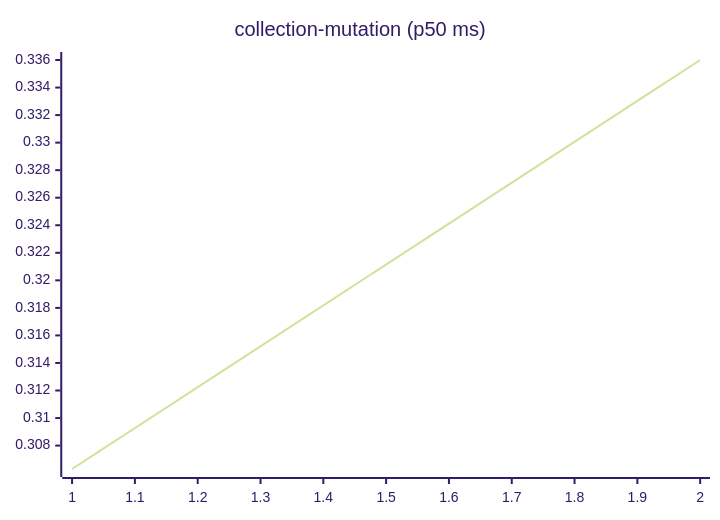
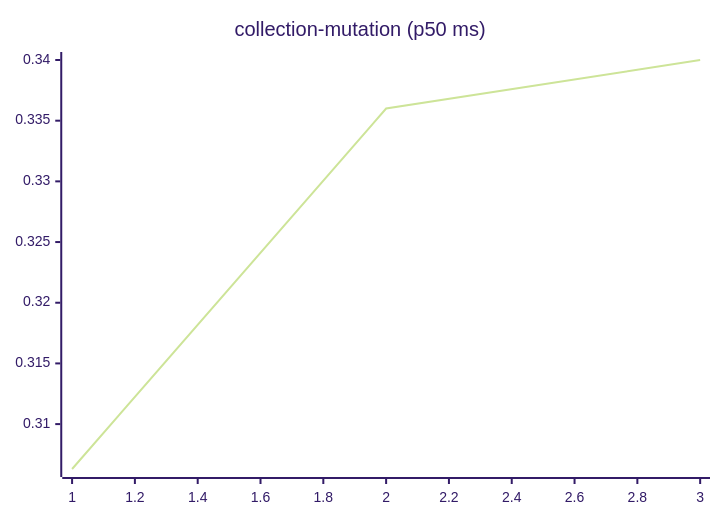
Before and after one commit to josha/Facet: the sixth of 27 diagrams in README.md, drawn with Mermaid (forest theme). The commit also changed other lines of this file and 2 other files, not shown here.

````diff
--- a/README.md
+++ b/README.md
@@ -98,6 +98,6 @@
 ```mermaid
 xychart-beta
     title "collection-mutation (p50 ms)"
-    x-axis 1 --> 2
-    line [0.3063, 0.3360]
+    x-axis 1 --> 3
+    line [0.3063, 0.3360, 0.3400]
 ```
````
